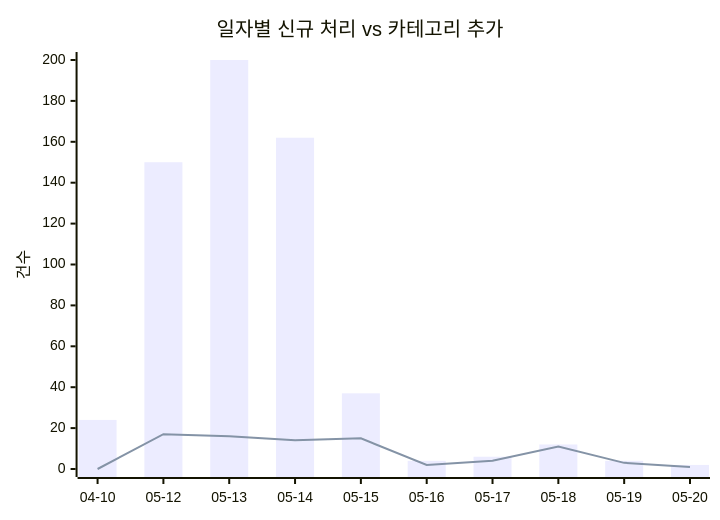
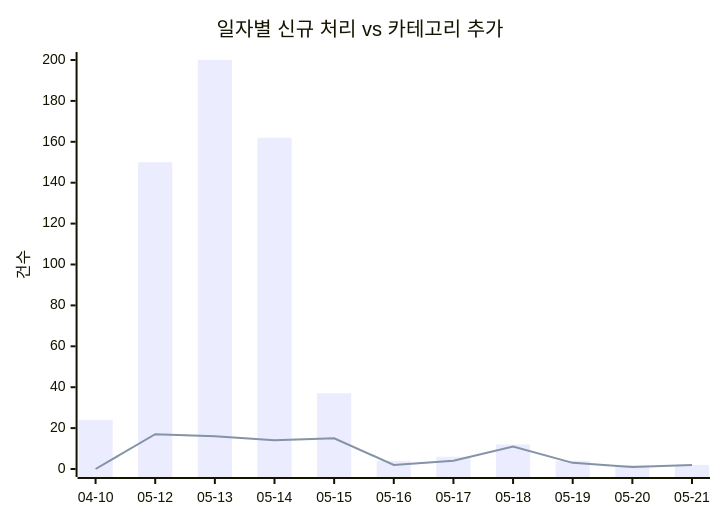
The first of 2 diagrams in docs/trends.md (J-nowcow/awesome-korean-agent-skills), drawn with Mermaid before and after one commit. The commit also changed other lines of this file and 5 other files, not shown here.

````diff
--- a/docs/trends.md
+++ b/docs/trends.md
@@ -32,8 +32,8 @@
 ```mermaid
 xychart-beta
     title "일자별 신규 처리 vs 카테고리 추가"
-    x-axis ["04-10","05-12","05-13","05-14","05-15","05-16","05-17","05-18","05-19","05-20"]
+    x-axis ["04-10","05-12","05-13","05-14","05-15","05-16","05-17","05-18","05-19","05-20","05-21"]
     y-axis "건수"
-    bar [24,150,200,162,37,4,6,12,4,2]
-    line [0,17,16,14,15,2,4,11,3,1]
+    bar [24,150,200,162,37,4,6,12,4,2,2]
+    line [0,17,16,14,15,2,4,11,3,1,2]
 ```
````
